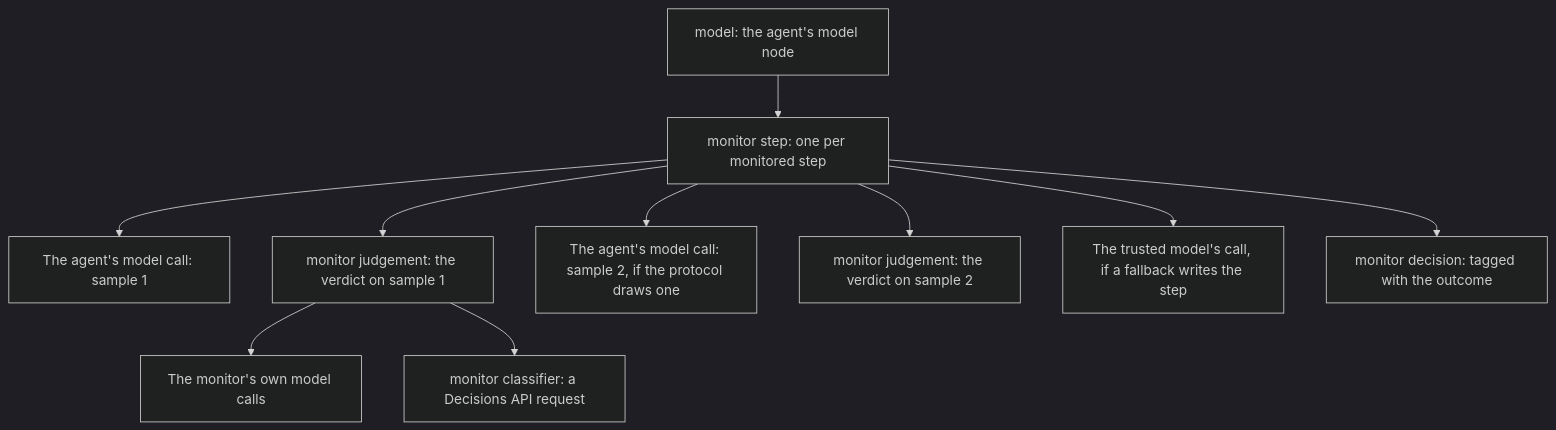
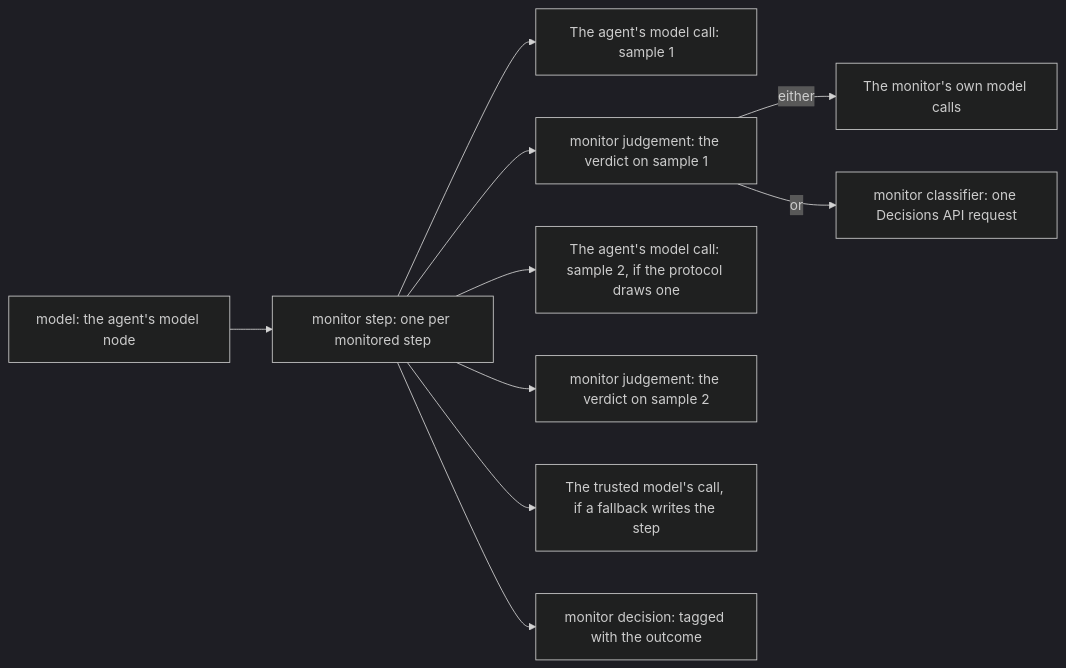
One commit to omamori-lab/langchain-sync-monitors changed the diagram in docs/how-to/see-decisions-in-langsmith-and-langfuse.md. Above: the diagram before and after it, drawn with Mermaid (dark theme). The commit also changed other lines of this file and 4 other files, not shown here.

````diff
--- a/docs/how-to/see-decisions-in-langsmith-and-langfuse.md
+++ b/docs/how-to/see-decisions-in-langsmith-and-langfuse.md
@@ -14,12 +14,12 @@
 ```mermaid
-flowchart TD
+flowchart LR
     modelNode["model: the agent's model node"] --> stepSpan["monitor step: one per monitored step"]
     stepSpan --> sampleOne["The agent's model call: sample 1"]
     stepSpan --> judgementOne["monitor judgement: the verdict on sample 1"]
-    judgementOne --> judgeCalls["The monitor's own model calls"]
-    judgementOne --> classifierSpan["monitor classifier: a Decisions API request"]
+    judgementOne -- "either" --> judgeCalls["The monitor's own model calls"]
+    judgementOne -- "or" --> classifierSpan["monitor classifier: one Decisions API request"]
     stepSpan --> sampleTwo["The agent's model call: sample 2, if the protocol draws one"]
     stepSpan --> judgementTwo["monitor judgement: the verdict on sample 2"]
     stepSpan --> trustedStep["The trusted model's call, if a fallback writes the step"]
     stepSpan --> decisionSpan["monitor decision: tagged with the outcome"]
 ```
````
